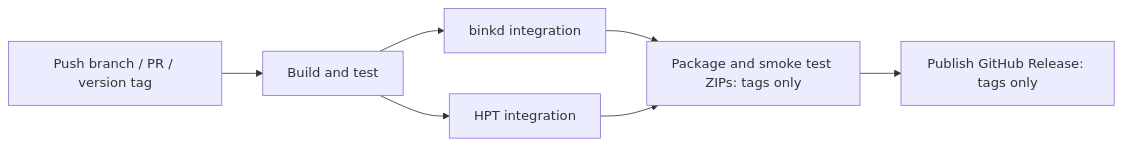
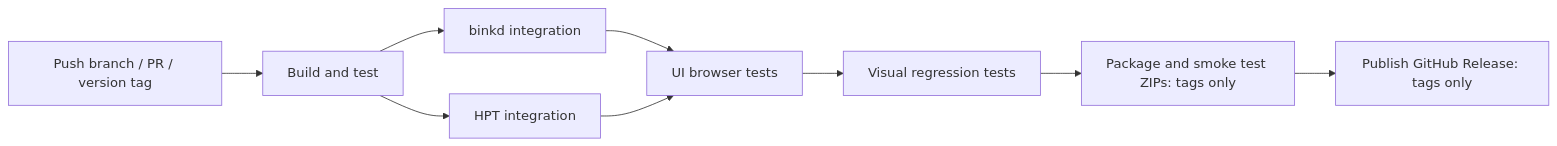
The diagram in docs/distributions.md (vkravets/Fido4Java), drawn with Mermaid before and after one commit. The commit also changed other lines of this file and 17 other files, not shown here.

````diff
--- a/docs/distributions.md
+++ b/docs/distributions.md
@@ -82,9 +89,11 @@
 ```mermaid
 flowchart LR
     event[Push branch / PR / version tag] --> build[Build and test]
     build --> binkd[binkd integration]
     build --> hpt[HPT integration]
-    binkd --> package[Package and smoke test ZIPs: tags only]
-    hpt --> package
+    binkd --> ui[UI browser tests]
+    hpt --> ui
+    ui --> vrt[Visual regression tests]
+    vrt --> package[Package and smoke test ZIPs: tags only]
     package --> publish[Publish GitHub Release: tags only]
 ```
````
